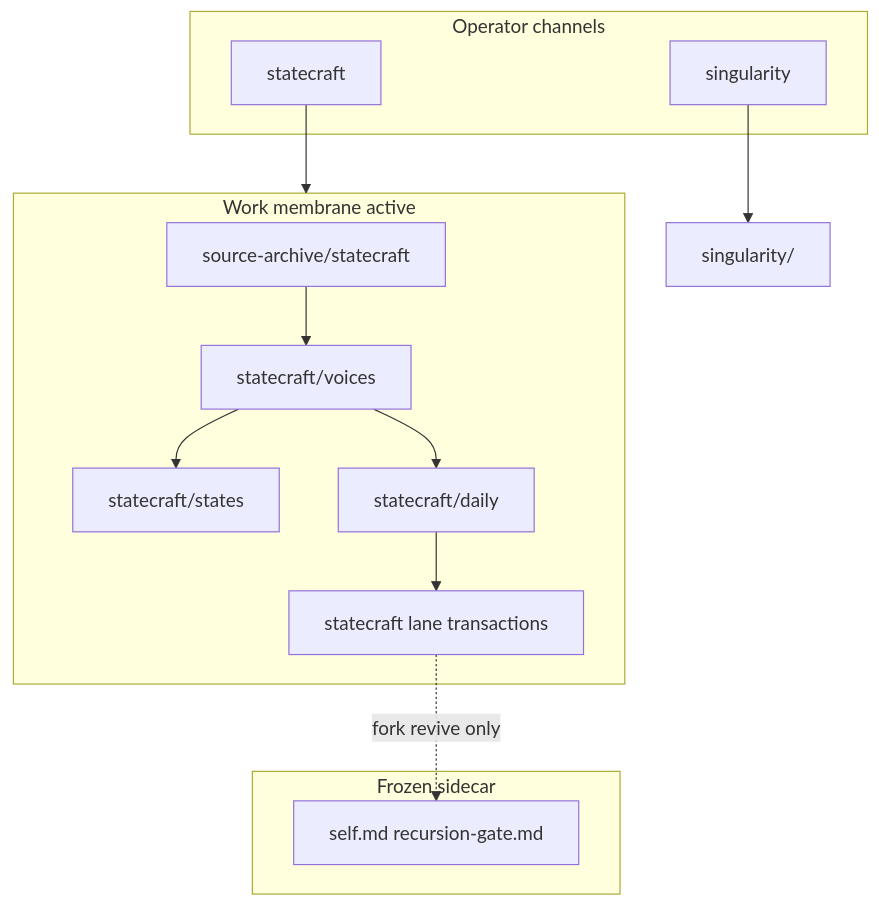
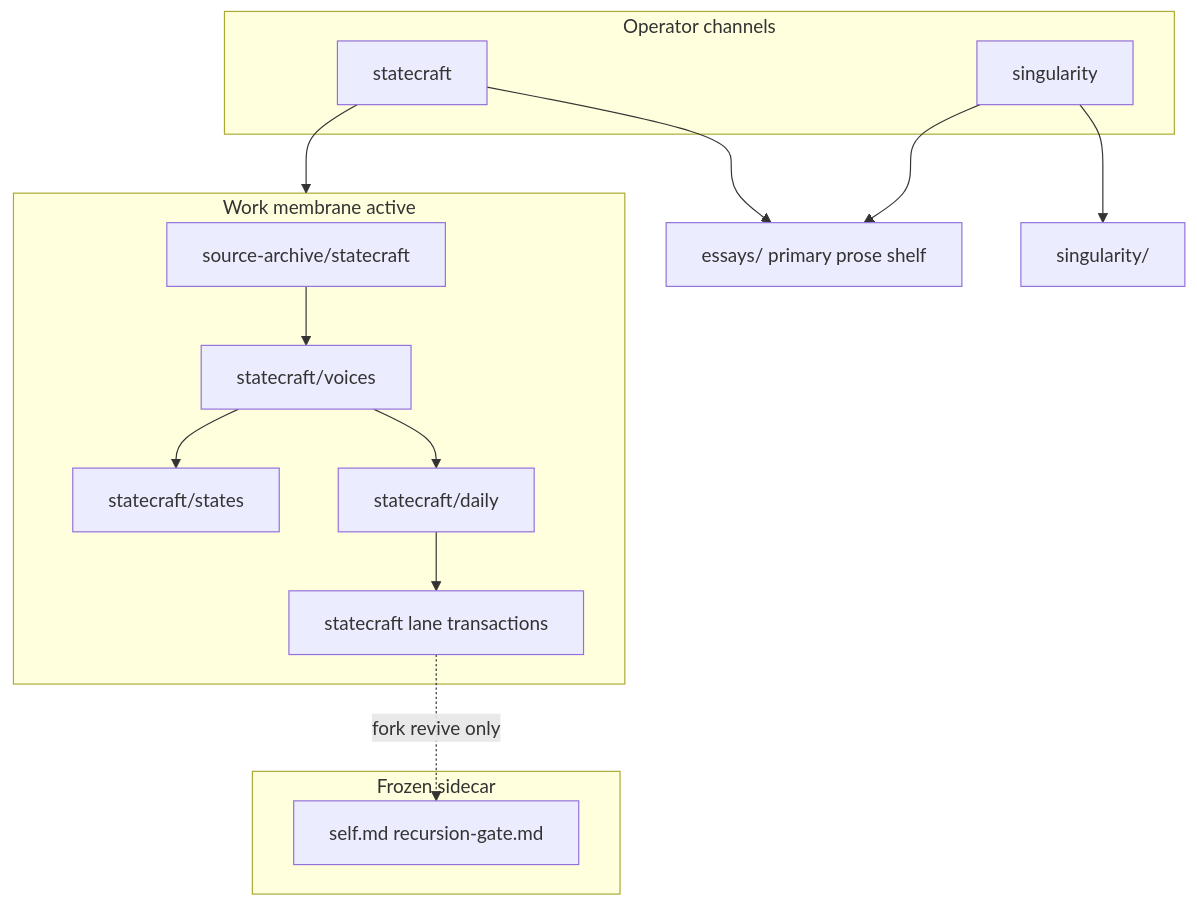
The diagram in docs/start-here.md (rbtkhn/strategy-codex), drawn with Mermaid before and after one commit. The commit also changed other lines of this file and 30 other files, not shown here.

````diff
--- a/docs/start-here.md
+++ b/docs/start-here.md
@@ -29,25 +52,29 @@
 ```mermaid
 flowchart TB
   subgraph membrane [Work membrane active]
     Archive[source-archive/statecraft]
     Voices[statecraft/voices]
     States[statecraft/states]
     Daily[statecraft/daily]
     Tx[statecraft lane transactions]
   end
 
   subgraph channels [Operator channels]
     SC[statecraft]
     SG[singularity]
   end
 
+  Essays[essays/ primary prose shelf]
+
   subgraph frozen [Frozen sidecar]
     Record[self.md recursion-gate.md]
   end
 
   Archive --> Voices --> States
   Voices --> Daily --> Tx
   SC --> membrane
   SG --> singularity/
+  SC --> Essays
+  SG --> Essays
   Tx -.fork revive only.-> Record
 ```
````
